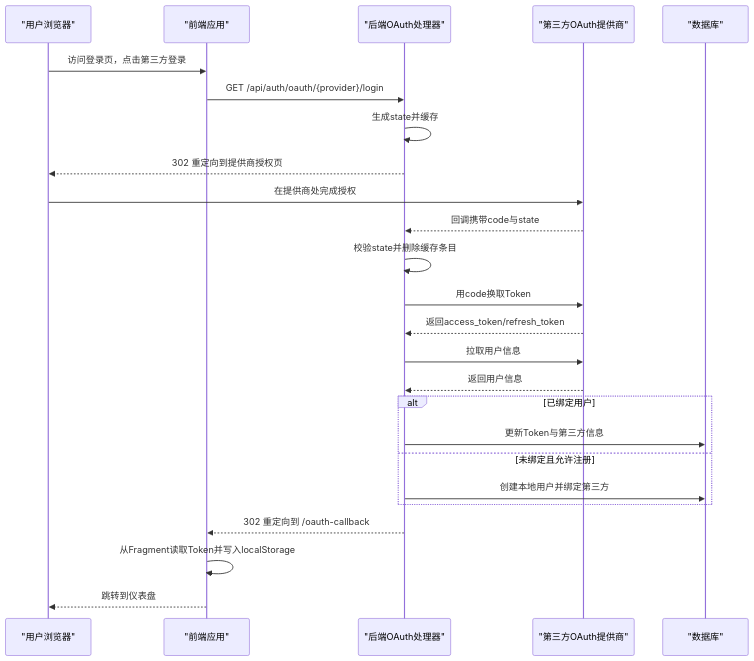
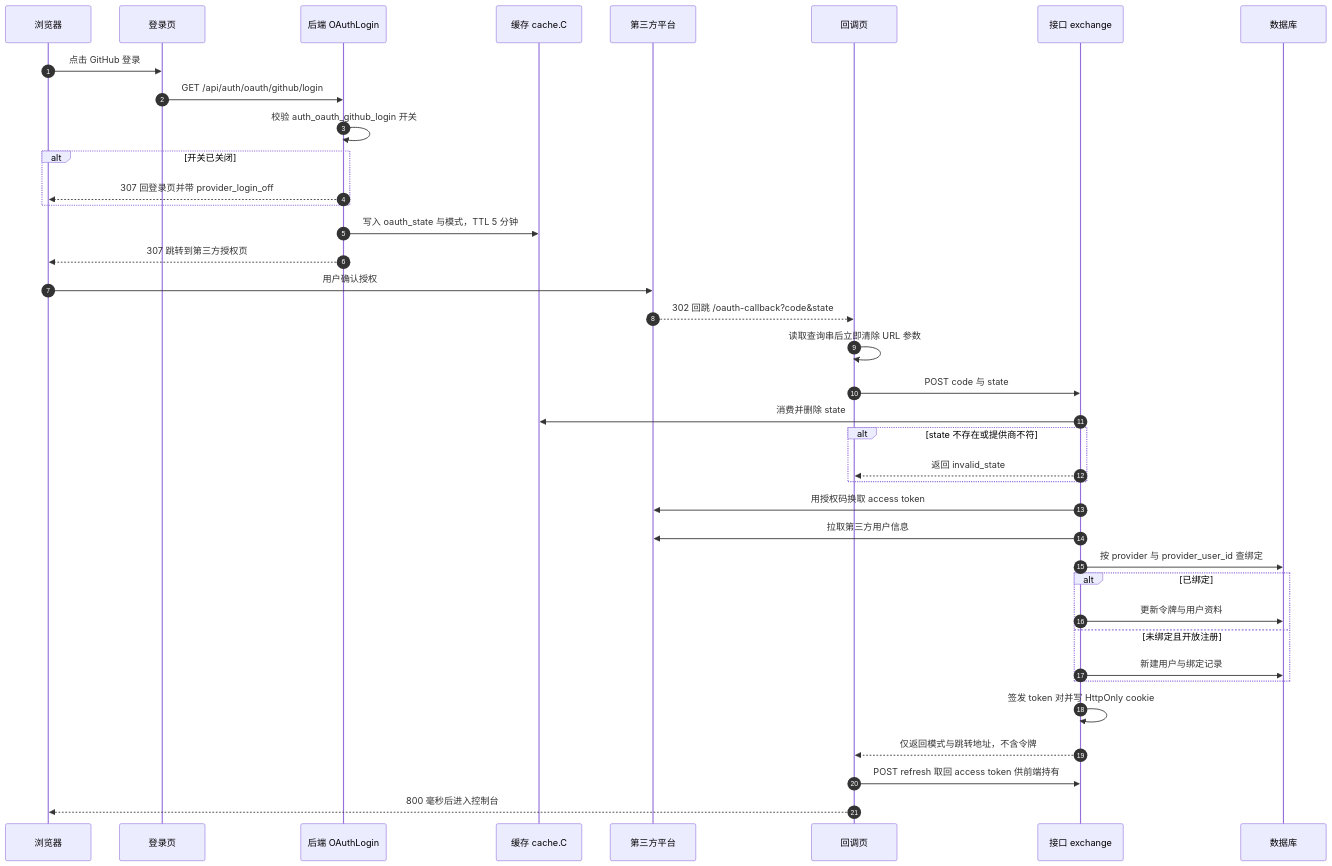
Before and after one commit to x01n/dnsplane: the first of 5 diagrams in docs/用户权限系统/OAuth集成.md, drawn with Mermaid. The commit also changed other lines of this file and 326 other files, not shown here.

````diff
--- a/docs/用户权限系统/OAuth集成.md
+++ b/docs/用户权限系统/OAuth集成.md
@@ -124,27 +190,41 @@
 ```mermaid
 sequenceDiagram
-participant U as "用户浏览器"
-participant FE as "前端应用"
-participant BE as "后端OAuth处理器"
-participant OP as "第三方OAuth提供商"
-participant DB as "数据库"
-U->>FE : 访问登录页，点击第三方登录
-FE->>BE : GET /api/auth/oauth/{provider}/login
-BE->>BE : 生成state并缓存
-BE-->>U : 302 重定向到提供商授权页
-U->>OP : 在提供商处完成授权
-OP-->>BE : 回调携带code与state
-BE->>BE : 校验state并删除缓存条目
-BE->>OP : 用code换取Token
-OP-->>BE : 返回access_token/refresh_token
-BE->>OP : 拉取用户信息
-OP-->>BE : 返回用户信息
-alt 已绑定用户
-BE->>DB : 更新Token与第三方信息
-else 未绑定且允许注册
-BE->>DB : 创建本地用户并绑定第三方
-end
-BE-->>FE : 302 重定向到 /oauth-callback#access_token=...&refresh_token=...
-FE->>FE : 从Fragment读取Token并写入localStorage
-FE-->>U : 跳转到仪表盘
+    autonumber
+    participant U as 浏览器
+    participant LP as 登录页
+    participant BE as 后端 OAuthLogin
+    participant CS as 缓存 cache.C
+    participant TP as 第三方平台
+    participant CB as 回调页
+    participant EX as 接口 exchange
+    participant DB as 数据库
+
+    U->>LP: 点击 GitHub 登录
+    LP->>BE: GET /api/auth/oauth/github/login
+    BE->>BE: 校验 auth_oauth_github_login 开关
+    alt 开关已关闭
+        BE-->>U: 307 回登录页并带 provider_login_off
+    end
+    BE->>CS: 写入 oauth_state 与模式，TTL 5 分钟
+    BE-->>U: 307 跳转到第三方授权页
+    U->>TP: 用户确认授权
+    TP-->>CB: 302 回跳 /oauth-callback?code&state
+    CB->>CB: 读取查询串后立即清除 URL 参数
+    CB->>EX: POST code 与 state
+    EX->>CS: 消费并删除 state
+    alt state 不存在或提供商不符
+        EX-->>CB: 返回 invalid_state
+    end
+    EX->>TP: 用授权码换取 access token
+    EX->>TP: 拉取第三方用户信息
+    EX->>DB: 按 provider 与 provider_user_id 查绑定
+    alt 已绑定
+        EX->>DB: 更新令牌与用户资料
+    else 未绑定且开放注册
+        EX->>DB: 新建用户与绑定记录
+    end
+    EX->>EX: 签发 token 对并写 HttpOnly cookie
+    EX-->>CB: 仅返回模式与跳转地址，不含令牌
+    CB->>EX: POST refresh 取回 access token 供前端持有
+    CB-->>U: 800 毫秒后进入控制台
 ```
````
